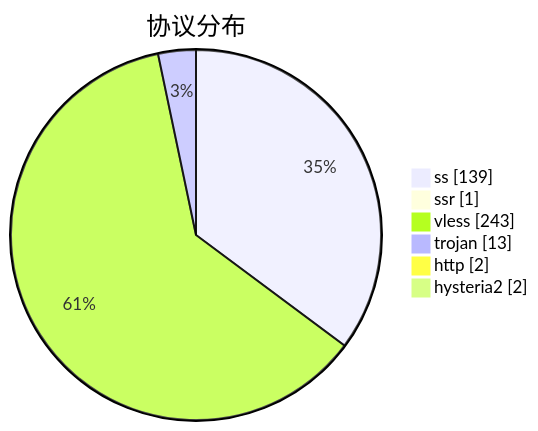
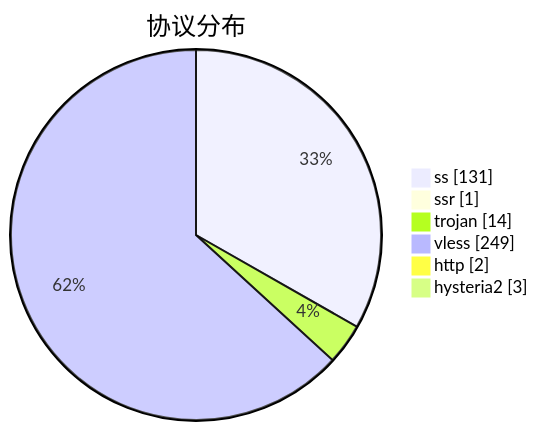
The third of 3 diagrams in subs/statistics/tested_within.md (qjlxg/airport), drawn with Mermaid before and after one commit. The commit also changed other lines of this file and 2 other files, not shown here.

````diff
--- a/subs/statistics/tested_within.md
+++ b/subs/statistics/tested_within.md
@@ -19,10 +19,10 @@
 ```mermaid
 pie showData
 title 协议分布
-"ss" : 139
+"ss" : 131
 "ssr" : 1
-"vless" : 243
-"trojan" : 13
+"trojan" : 14
+"vless" : 249
 "http" : 2
-"hysteria2" : 2
+"hysteria2" : 3
 ```
````
